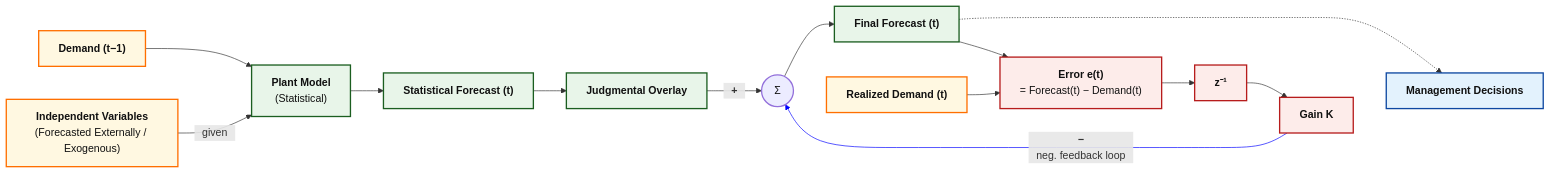
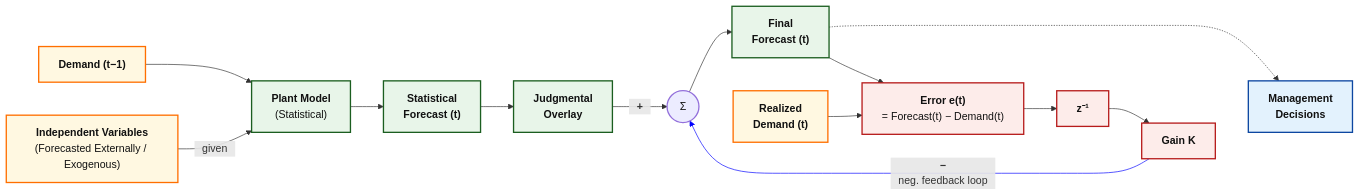
Before and after one commit to Tellusant/docs: the diagram in work-notes/nek2.md, drawn with Mermaid.

```diff
--- a/work-notes/nek2.md
+++ b/work-notes/nek2.md
@@ -4,62 +4,62 @@
 <div class="mermaid">
   
 flowchart LR
 
 %%{init: {'themeVariables': { 'fontFamily': 'Arial'}}}%%
 %% ===== Inputs =====
 D1["`**Demand (t−1)**`"]:::orange
 X["`**Independent Variables**<br/>(Forecasted Externally / Exogenous)`"]:::orange
 
 %% ===== Baseline model =====
 M["`**Plant Model**<br/>(Statistical)`"]:::green
-S["`**Statistical Forecast (t)**`"]:::green
+S["`**Statistical<br/>Forecast (t)**`"]:::green
 
 %% ===== Judgment and correction =====
-J["`**Judgmental Overlay**`"]:::green
+J["`**Judgmental<br/>Overlay**`"]:::green
 Sum((⠀Σ⠀)):::base
 K["`**Gain K**`"]:::red
-F["`**Final Forecast (t)**`"]:::green
+F["`**Final<br/>Forecast (t)**`"]:::green
 
 %% ===== Realized demand =====
-R["`**Realized Demand (t)**`"]:::orange
+R["`**Realized<br/>Demand (t)**`"]:::orange
 
 %% ===== Error and delay =====
 E["`**Error e(t)**<br/>= Forecast(t) − Demand(t)`"]:::red
 Delay["`**z⁻¹**`"]:::red
 
 %% ===== Management =====
-MGT["`**Management Decisions**`"]:::blue
+MGT["`**Management<br/>Decisions**`"]:::blue
 
 %% ===== Forward path =====
 D1 --> M
 X -->|⠀given⠀| M
 M --> S
 S --> J
 J -->|"`⠀**+**⠀`"| Sum
 Sum --> F
 
 %% ===== Error computation =====
 F --> E
 R --> E
 
 %% ===== Feedback =====
 E --> Delay
 Delay --> K
 K -->|"`⠀**−**⠀<br/>⠀neg. feedback loop⠀`"| Sum
 
 F -.-> MGT
 K --> MGT
 
 linkStyle 10 stroke:blue
 linkStyle 12 stroke:transparent,stroke-width:0;
 
 %% ========= STYLES =========
 classDef green   fill:#E8F5E9,stroke:#1B5E20,stroke-width:2px,color:#111;
 classDef blue    fill:#E3F2FD,stroke:#0D47A1,stroke-width:2px,color:#111;
 classDef orange  fill:#FFF8E1,stroke:#FF6F00,stroke-width:2px,color:#111;
 classDef red     fill:#FDECEA,stroke:#B71C1C,stroke-width:2px,color:#111;
 classDef grey    fill:#F5F5F5,stroke:#424242,stroke-width:2px,color:#111;
 classDef base    fill:#ECECFF,stroke:#9370DB,stroke-width:2px,color:#111;
 classDef clear   fill:transparent,stroke:transparent;
 
 </div>
```
